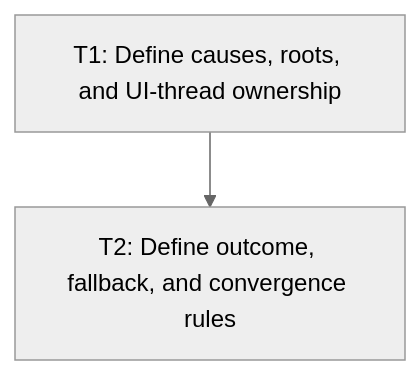
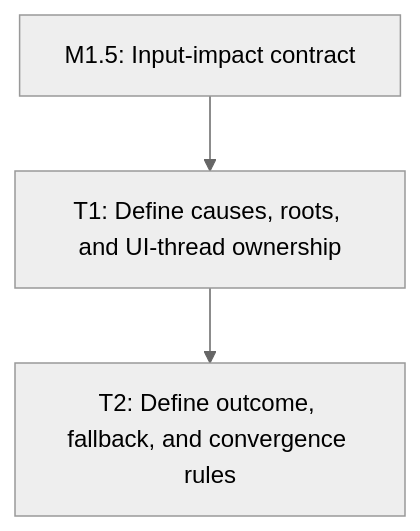
The diagram in docs/work/E6/M5/P1 - Define dirty dependency and fallback contracts.md (SpinyOwl/SpinyGUI), drawn with Mermaid (neutral theme) before and after one commit. The commit also changed other lines of this file and 8 other files, not shown here.

Commit message:
Plan no-impact input frame skipping

````diff
--- a/docs/work/E6/M5/P1 - Define dirty dependency and fallback contracts.md
+++ b/docs/work/E6/M5/P1 - Define dirty dependency and fallback contracts.md
@@ -27,4 +27,5 @@
 ```mermaid
 flowchart TD
-  T1["T1: Define causes, roots, and UI-thread ownership"] --> T2["T2: Define outcome, fallback, and convergence rules"]
+  M15["M1.5: Input-impact contract"] --> T1["T1: Define causes, roots, and UI-thread ownership"]
+  T1 --> T2["T2: Define outcome, fallback, and convergence rules"]
 ```
````
